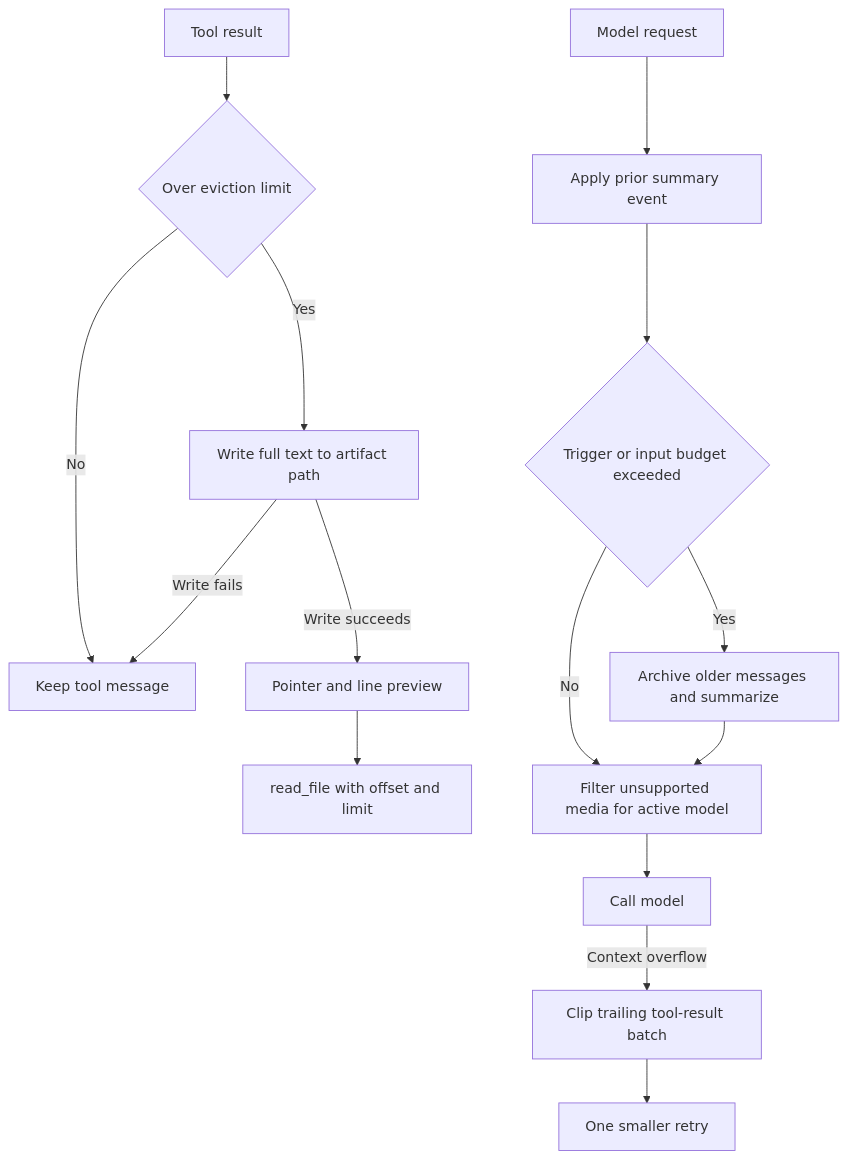
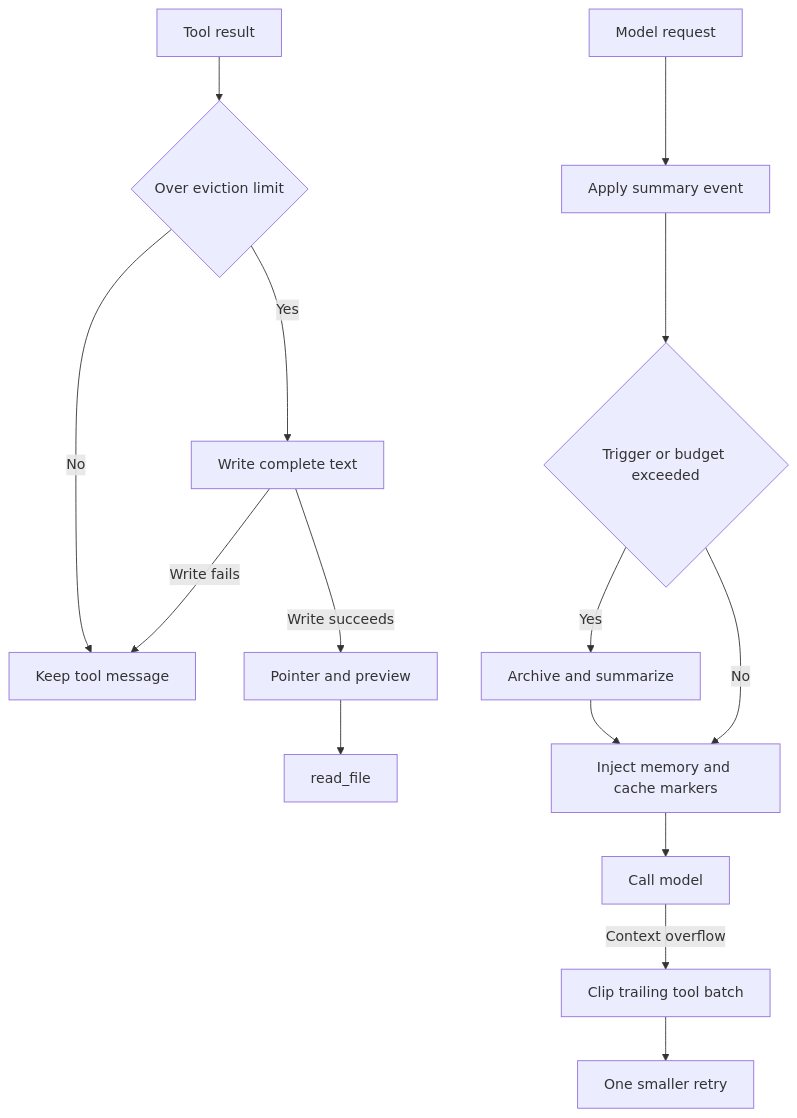
One commit to langchain-ai/deepagents changed the first of 2 diagrams in openwiki/concepts/context-management.md. Above: the diagram before and after it, drawn with Mermaid. The commit also changed other lines of this file and 67 other files, not shown here.

````diff
--- a/openwiki/concepts/context-management.md
+++ b/openwiki/concepts/context-management.md
@@ -41,17 +57,17 @@
 ```mermaid
 flowchart TD
     Result["Tool result"] --> ResultLimit{"Over eviction limit"}
     ResultLimit -->|No| KeepResult["Keep tool message"]
-    ResultLimit -->|Yes| StoreResult["Write full text to artifact path"]
+    ResultLimit -->|Yes| StoreResult["Write complete text"]
     StoreResult -->|Write fails| KeepResult
-    StoreResult -->|Write succeeds| ResultStub["Pointer and line preview"]
-    Request["Model request"] --> Effective["Apply prior summary event"]
-    Effective --> Budget{"Trigger or input budget exceeded"}
-    Budget -->|No| Filter["Filter unsupported media for active model"]
-    Budget -->|Yes| Compact["Archive older messages and summarize"]
-    Compact --> Filter
-    Filter --> Model["Call model"]
-    Model -->|Context overflow| Clip["Clip trailing tool-result batch"]
+    StoreResult -->|Write succeeds| ResultStub["Pointer and preview"]
+    Request["Model request"] --> Effective["Apply summary event"]
+    Effective --> Budget{"Trigger or budget exceeded"}
+    Budget -->|Yes| Compact["Archive and summarize"]
+    Budget -->|No| Memory["Inject memory and cache markers"]
+    Compact --> Memory
+    Memory --> Model["Call model"]
+    Model -->|Context overflow| Clip["Clip trailing tool batch"]
     Clip --> Retry["One smaller retry"]
-    ResultStub --> Recover["read_file with offset and limit"]
+    ResultStub --> Recover["read_file"]
 ```
````
